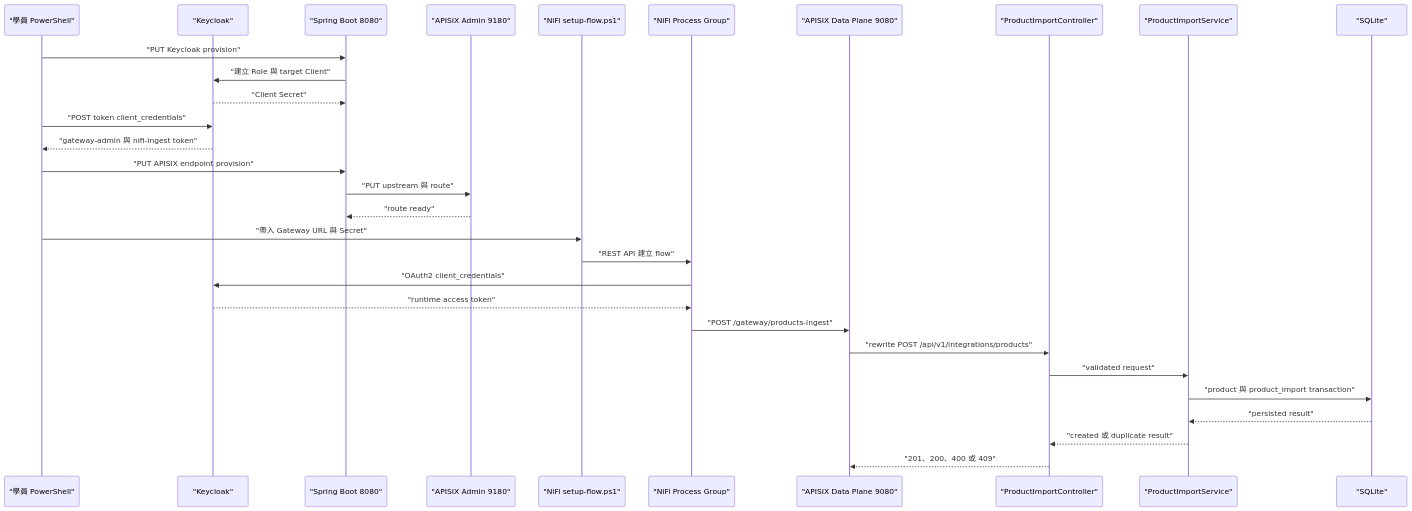
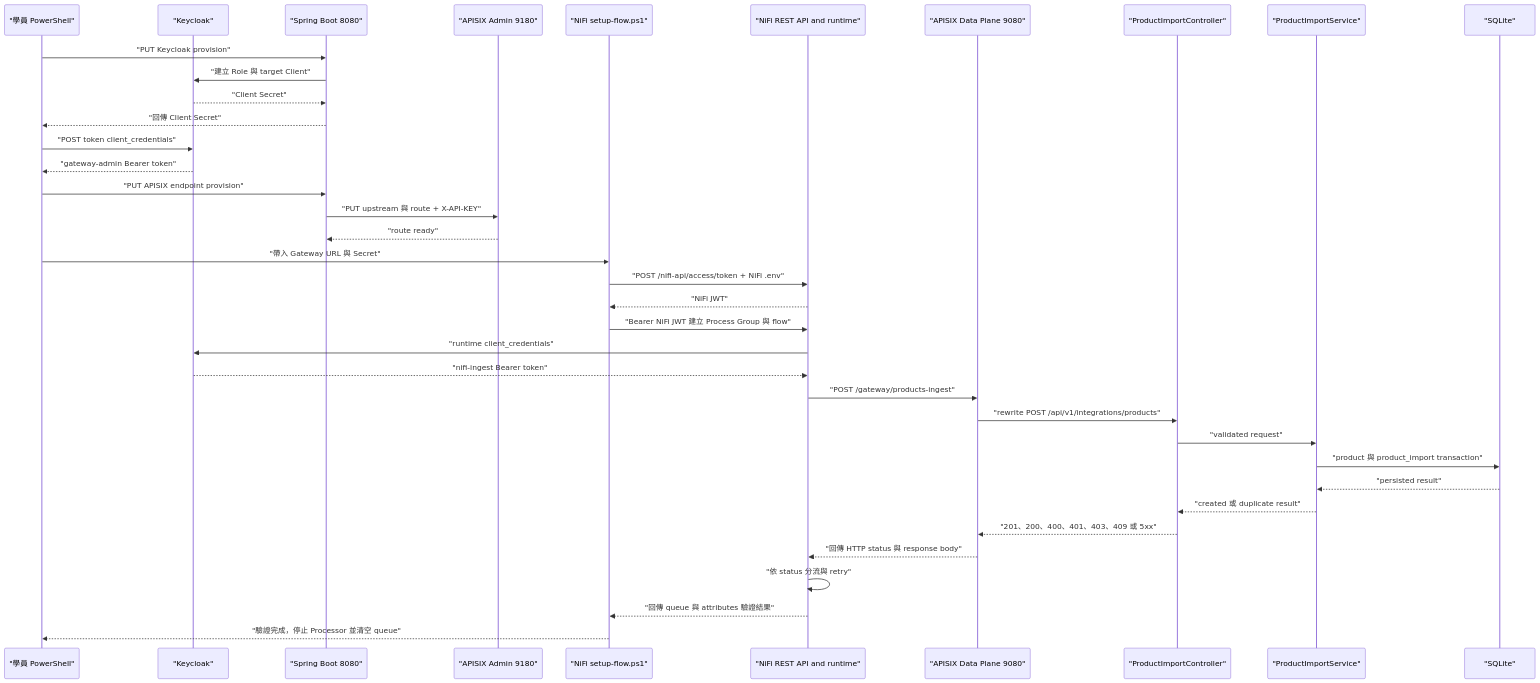
One commit to Ting-s515/nifi-training changed the third of 3 diagrams in docs/nifi-training/12-nifi-apisix-spring-ingest.md. Above: the diagram before and after it, drawn with Mermaid. The commit also changed 1 other file, not shown here.

Commit message:
docs(lab12): 補齊端到端時序圖
原時序圖未明確呈現 setup-flow.ps1 以 NiFi .env 取得 NiFi JWT，也未區分 APISIX Admin X-API-KEY 與 runtime Bearer token。

本次調整：

- 補上 Keycloak Client Secret 回傳與 NiFi JWT 取得流程。

- 標示 Spring 以 X-API-KEY 呼叫 APISIX Admin API 建立 route。

- 補上 NiFi runtime token、HTTP 回應、status 分流與 queue 清理。

- 同步重新產生靜態閱讀器內容。

````diff
--- a/docs/nifi-training/12-nifi-apisix-spring-ingest.md
+++ b/docs/nifi-training/12-nifi-apisix-spring-ingest.md
@@ -135,32 +135,39 @@
 ```mermaid
 sequenceDiagram
     participant learner as "學員 PowerShell"
     participant keycloak as "Keycloak"
     participant spring as "Spring Boot 8080"
     participant admin as "APISIX Admin 9180"
     participant setup as "NiFi setup-flow.ps1"
-    participant nifi as "NiFi Process Group"
+    participant nifi as "NiFi REST API and runtime"
     participant gateway as "APISIX Data Plane 9080"
     participant api as "ProductImportController"
     participant service as "ProductImportService"
     participant database as "SQLite"
     learner->>spring: "PUT Keycloak provision"
     spring->>keycloak: "建立 Role 與 target Client"
     keycloak-->>spring: "Client Secret"
+    spring-->>learner: "回傳 Client Secret"
     learner->>keycloak: "POST token client_credentials"
-    keycloak-->>learner: "gateway-admin 與 nifi-ingest token"
+    keycloak-->>learner: "gateway-admin Bearer token"
     learner->>spring: "PUT APISIX endpoint provision"
-    spring->>admin: "PUT upstream 與 route"
+    spring->>admin: "PUT upstream 與 route + X-API-KEY"
     admin-->>spring: "route ready"
     learner->>setup: "帶入 Gateway URL 與 Secret"
-    setup->>nifi: "REST API 建立 flow"
-    nifi->>keycloak: "OAuth2 client_credentials"
-    keycloak-->>nifi: "runtime access token"
+    setup->>nifi: "POST /nifi-api/access/token + NiFi .env"
+    nifi-->>setup: "NiFi JWT"
+    setup->>nifi: "Bearer NiFi JWT 建立 Process Group 與 flow"
+    nifi->>keycloak: "runtime client_credentials"
+    keycloak-->>nifi: "nifi-ingest Bearer token"
     nifi->>gateway: "POST /gateway/products-ingest"
     gateway->>api: "rewrite POST /api/v1/integrations/products"
     api->>service: "validated request"
     service->>database: "product 與 product_import transaction"
     database-->>service: "persisted result"
     service-->>api: "created 或 duplicate result"
-    api-->>gateway: "201、200、400 或 409"
+    api-->>gateway: "201、200、400、401、403、409 或 5xx"
+    gateway-->>nifi: "回傳 HTTP status 與 response body"
+    nifi->>nifi: "依 status 分流與 retry"
+    nifi-->>setup: "回傳 queue 與 attributes 驗證結果"
+    setup-->>learner: "驗證完成，停止 Processor 並清空 queue"
 ```
````
